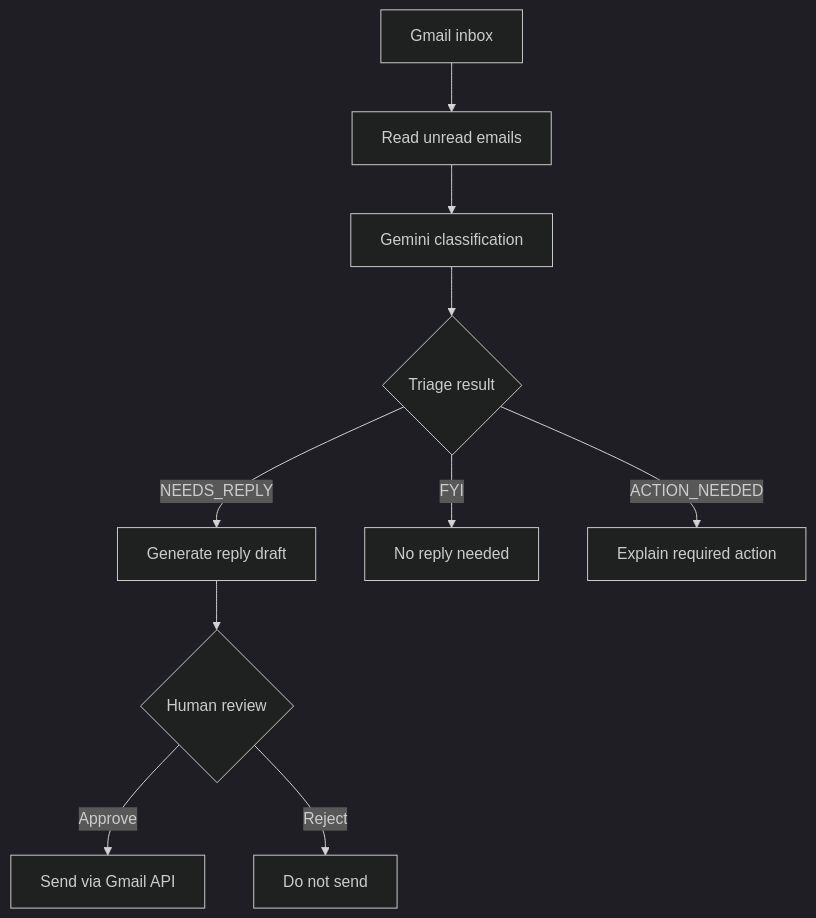
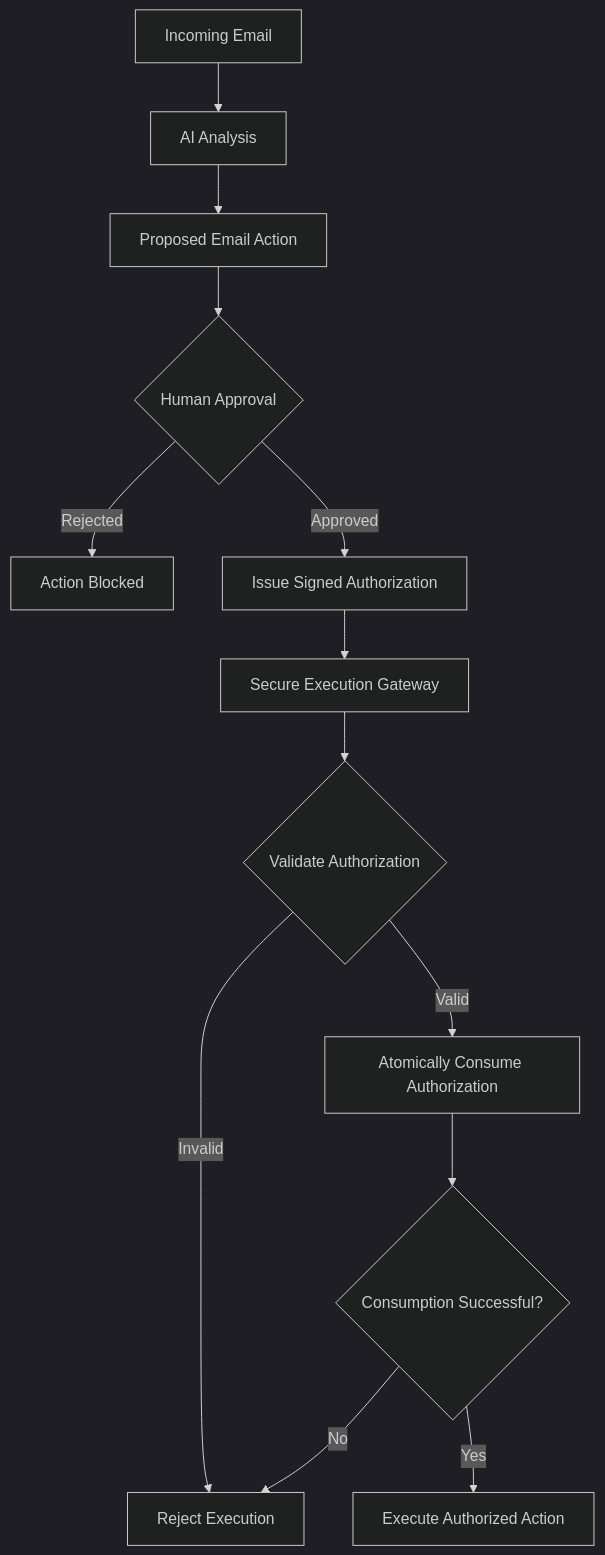
The diagram in README.md (himnad/safemail-ai-email-agent), drawn with Mermaid (dark theme) before and after one commit. The commit also changed other lines of this file, not shown here.

Commit message:
Document SafeMail security architecture and challenge demo

````diff
--- a/README.md
+++ b/README.md
@@ -31,12 +91,15 @@
 ```mermaid
 flowchart TD
-    A[Gmail inbox] --> B[Read unread emails]
-    B --> C[Gemini classification]
-    C --> D{Triage result}
-    D -->|NEEDS_REPLY| E[Generate reply draft]
-    D -->|FYI| F[No reply needed]
-    D -->|ACTION_NEEDED| G[Explain required action]
-    E --> H{Human review}
-    H -->|Approve| I[Send via Gmail API]
-    H -->|Reject| J[Do not send]
+    A[Incoming Email] --> B[AI Analysis]
+    B --> C[Proposed Email Action]
+    C --> D{Human Approval}
+    D -->|Rejected| E[Action Blocked]
+    D -->|Approved| F[Issue Signed Authorization]
+    F --> G[Secure Execution Gateway]
+    G --> H{Validate Authorization}
+    H -->|Invalid| I[Reject Execution]
+    H -->|Valid| J[Atomically Consume Authorization]
+    J --> K{Consumption Successful?}
+    K -->|No| I
+    K -->|Yes| L[Execute Authorized Action]
 ```
````
